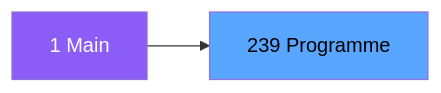
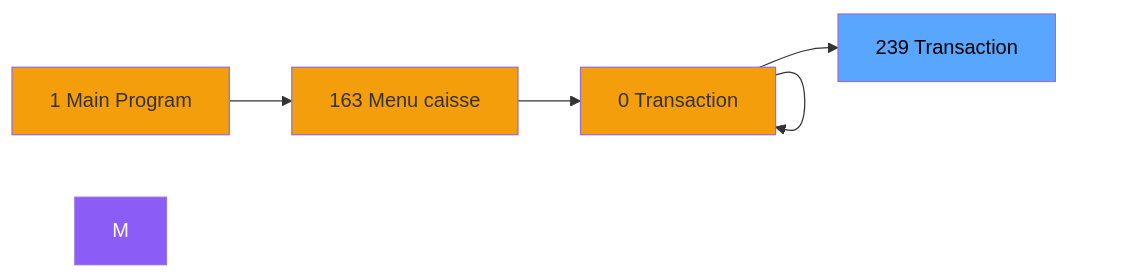
One commit to thonyAGP/magic-migration changed the second of 3 diagrams in .openspec/specs/ADH-IDE-239.md. Above: the diagram before and after it, drawn with Mermaid. The commit also changed other lines of this file and 323 other files, not shown here.

````diff
--- a/.openspec/specs/ADH-IDE-239.md
+++ b/.openspec/specs/ADH-IDE-239.md
@@ -139,8 +165,21 @@
 ```mermaid
 graph LR
-    M[1 Main]
-    T[239 Programme]
-    M --> T
+    N1[1 Main Program]
+    N163[163 Menu caisse ]
+    N0[0 Transaction ]
+    N0[0 Transaction ]
+    N0[0 Transaction ]
+    T[239 Transaction ]
+    N1 --> N163
+    N163 --> N0
+    N0 --> N0
+    N0 --> N0
+    N0 --> T
     style M fill:#8b5cf6,color:#fff
+    style N1 fill:#f59e0b
+    style N163 fill:#f59e0b
+    style N0 fill:#f59e0b
+    style N0 fill:#f59e0b
+    style N0 fill:#f59e0b
     style T fill:#58a6ff,color:#000
 ```
````
